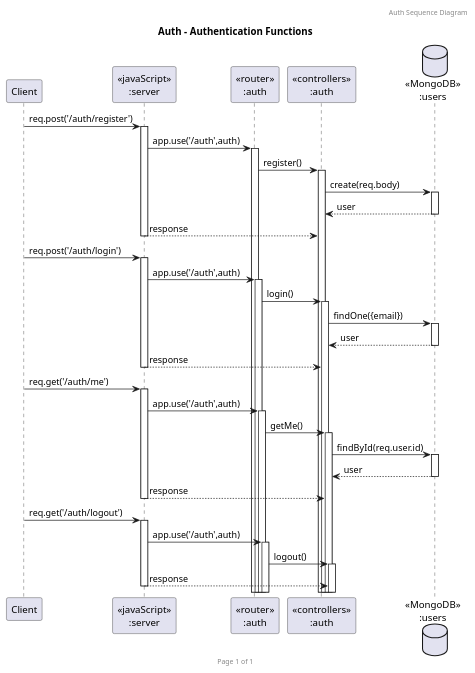
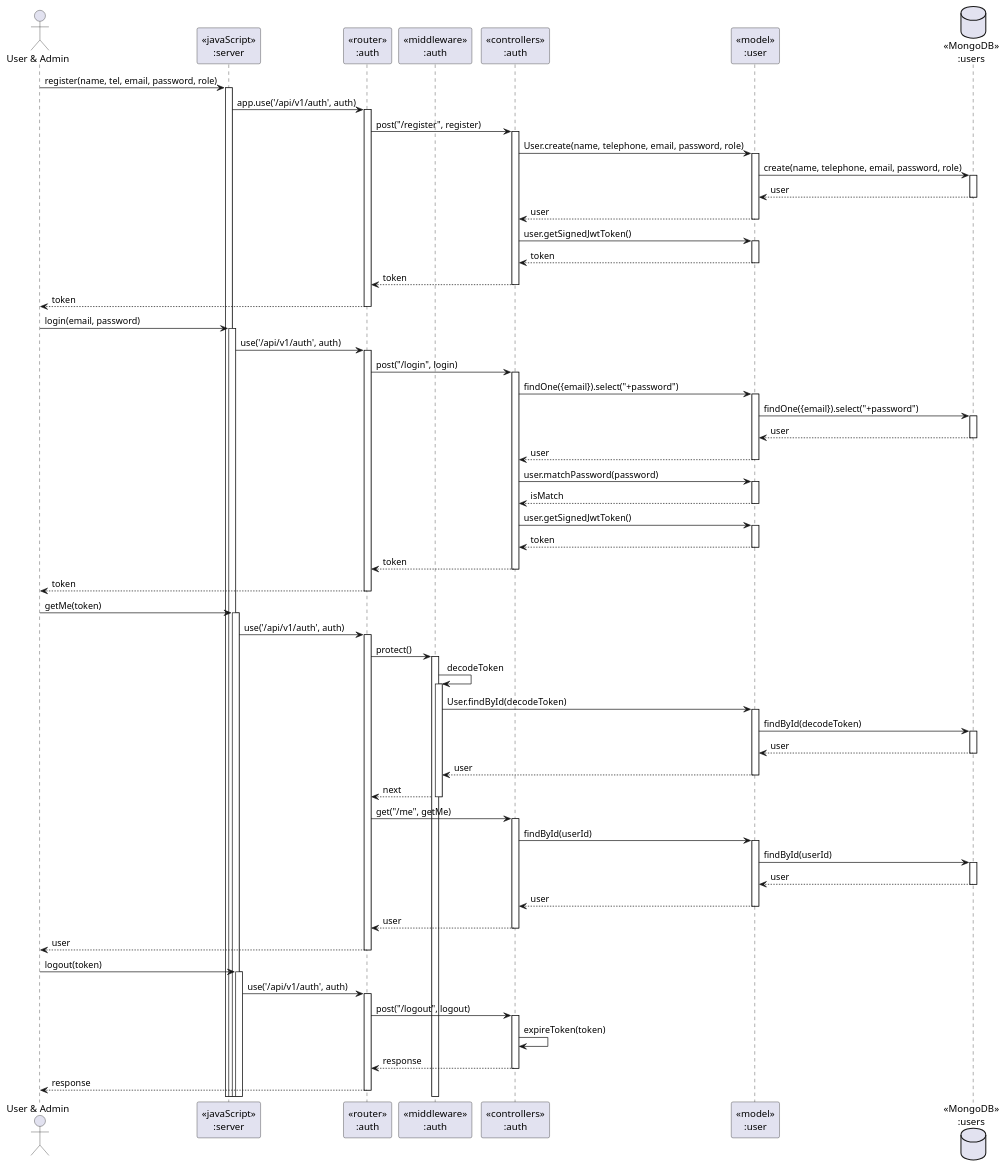
One commit to 2110503TACEDT66/presentation-day-1-becauseofyouicry changed the diagram in Sequence Diagram/auth.puml. Above: the diagram before and after it, drawn with PlantUML.

Commit message:
authentication sequence diagram

```diff
--- a/Sequence Diagram/auth.puml
+++ b/Sequence Diagram/auth.puml
@@ -1,39 +1,62 @@
 @startuml Auth - Authentication Functions
 
-header Auth Sequence Diagram
-footer Page %page% of %lastpage%
-title "Auth - Authentication Functions"
+actor "User & Admin" as client
 
-participant "Client" as client
 participant "<<javaScript>>\n:server" as server
 participant "<<router>>\n:auth" as routerAuth
+participant "<<middleware>>\n:auth" as middlewareAuth
 participant "<<controllers>>\n:auth" as controllersAuth
+participant "<<model>>\n:user" as modeluser
 database "<<MongoDB>>\n:users" as UsersDatabase
 
-client->server ++:req.post('/auth/register')
-server->routerAuth ++:app.use('/auth',auth)
-routerAuth -> controllersAuth ++:register()
-controllersAuth->UsersDatabase ++:create(req.body)
-UsersDatabase --> controllersAuth --: user
-controllersAuth <-- server --:response
+client -> server ++: register(name, tel, email, password, role)
+server -> routerAuth ++: app.use('/api/v1/auth', auth)
+routerAuth -> controllersAuth ++: post("/register", register)
+controllersAuth -> modeluser ++: User.create(name, telephone, email, password, role)
+modeluser -> UsersDatabase ++: create(name, telephone, email, password, role)
+modeluser <-- UsersDatabase --: user
+controllersAuth <-- modeluser --: user
+controllersAuth -> modeluser ++: user.getSignedJwtToken()
+controllersAuth <-- modeluser --: token
+routerAuth <-- controllersAuth --: token
+client <-- routerAuth --: token
 
-client->server ++:req.post('/auth/login')
-server->routerAuth ++:app.use('/auth',auth)
-routerAuth -> controllersAuth ++:login()
-controllersAuth->UsersDatabase ++:findOne({email})
-UsersDatabase --> controllersAuth --: user
-controllersAuth <-- server --:response
+client -> server ++: login(email, password)
+server -> routerAuth ++: use('/api/v1/auth', auth)
+routerAuth -> controllersAuth ++: post("/login", login)
+controllersAuth -> modeluser ++: findOne({email}).select("+password")
+modeluser -> UsersDatabase ++: findOne({email}).select("+password")
+UsersDatabase --> modeluser --: user
+controllersAuth <-- modeluser --: user
+controllersAuth -> modeluser ++: user.matchPassword(password)
+controllersAuth <-- modeluser --: isMatch
+controllersAuth -> modeluser ++: user.getSignedJwtToken()
+controllersAuth <-- modeluser --: token
+routerAuth <-- controllersAuth --: token
+client <-- routerAuth --: token
 
-client->server ++:req.get('/auth/me')
-server->routerAuth ++:app.use('/auth',auth)
-routerAuth -> controllersAuth ++:getMe()
-controllersAuth->UsersDatabase ++:findById(req.user.id)
-UsersDatabase --> controllersAuth --: user
-controllersAuth <-- server --:response
+client -> server ++: getMe(token)
+server -> routerAuth ++: use('/api/v1/auth', auth)
+routerAuth -> middlewareAuth ++: protect()
+middlewareAuth -> middlewareAuth ++: decodeToken
+middlewareAuth -> modeluser ++: User.findById(decodeToken)
+modeluser -> UsersDatabase ++: findById(decodeToken)
+modeluser <-- UsersDatabase --: user
+middlewareAuth <-- modeluser --: user
+routerAuth <-- middlewareAuth --: next
+routerAuth -> controllersAuth ++: get("/me", getMe)
+controllersAuth -> modeluser ++: findById(userId)
+modeluser -> UsersDatabase ++: findById(userId)
+modeluser <-- UsersDatabase --: user
+controllersAuth <-- modeluser --: user
+routerAuth <-- controllersAuth --: user
+client <-- routerAuth --: user
 
-client->server ++:req.get('/auth/logout')
-server->routerAuth ++:app.use('/auth',auth)
-routerAuth -> controllersAuth ++:logout()
-controllersAuth <-- server --:response
+client -> server ++: logout(token)
+server -> routerAuth ++: use('/api/v1/auth', auth)
+routerAuth -> controllersAuth ++: post("/logout", logout)
+controllersAuth -> controllersAuth : expireToken(token)
+routerAuth <-- controllersAuth --: response
+client <-- routerAuth --: response
 
 @enduml
```
